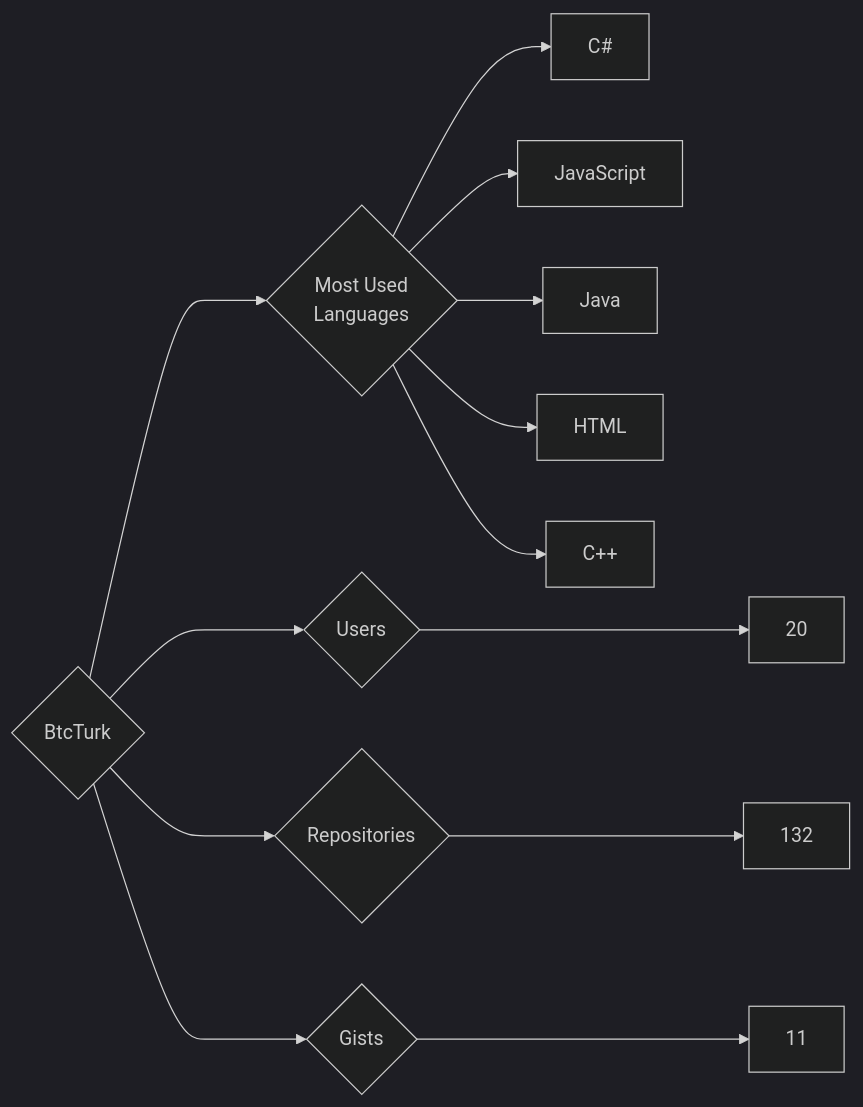
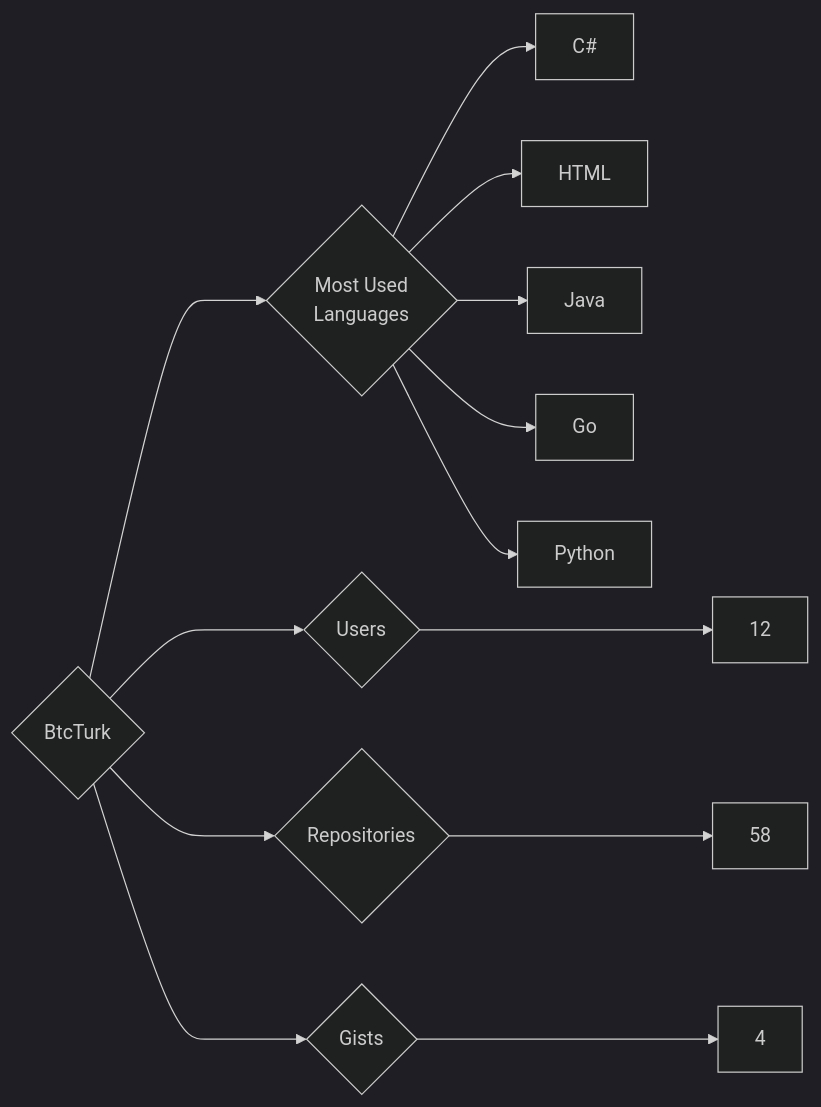
Before and after one commit to trickest/insiders: the diagram in targets/BtcTurk/README.md, drawn with Mermaid (dark theme). The commit also changed 934 other files, not shown here.

````diff
--- a/targets/BtcTurk/README.md
+++ b/targets/BtcTurk/README.md
@@ -3,13 +3,13 @@
 ```mermaid
 graph LR
 COMPANY_NAME{BtcTurk}
-COMPANY_NAME ---> U{Users} ---> UN[20]
-COMPANY_NAME ---> R{Repositories} ---> RN[132]
-COMPANY_NAME ---> G{Gists} ---> GN[11]
+COMPANY_NAME ---> U{Users} ---> UN[12]
+COMPANY_NAME ---> R{Repositories} ---> RN[58]
+COMPANY_NAME ---> G{Gists} ---> GN[4]
 COMPANY_NAME ---> ML{Most Used<br>Languages}
 ML --> C#[C#]
-ML --> JavaScript[JavaScript]
+ML --> HTML[HTML]
 ML --> Java[Java]
-ML --> HTML[HTML]
-ML --> C++[C++]
+ML --> Go[Go]
+ML --> Python[Python]
 ```
````
